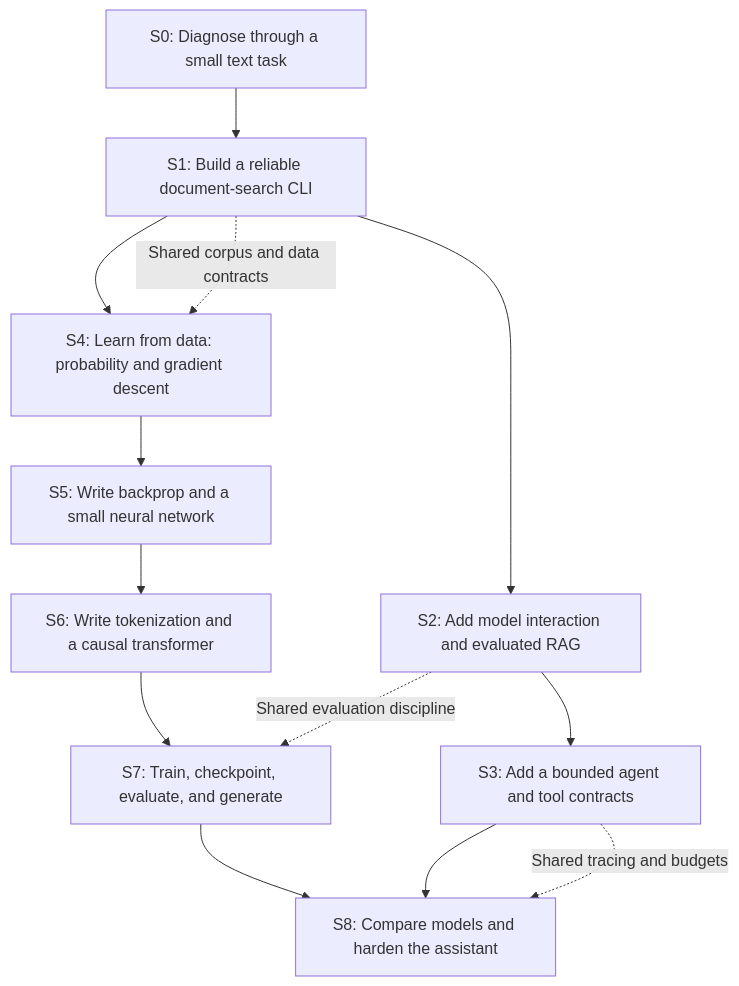
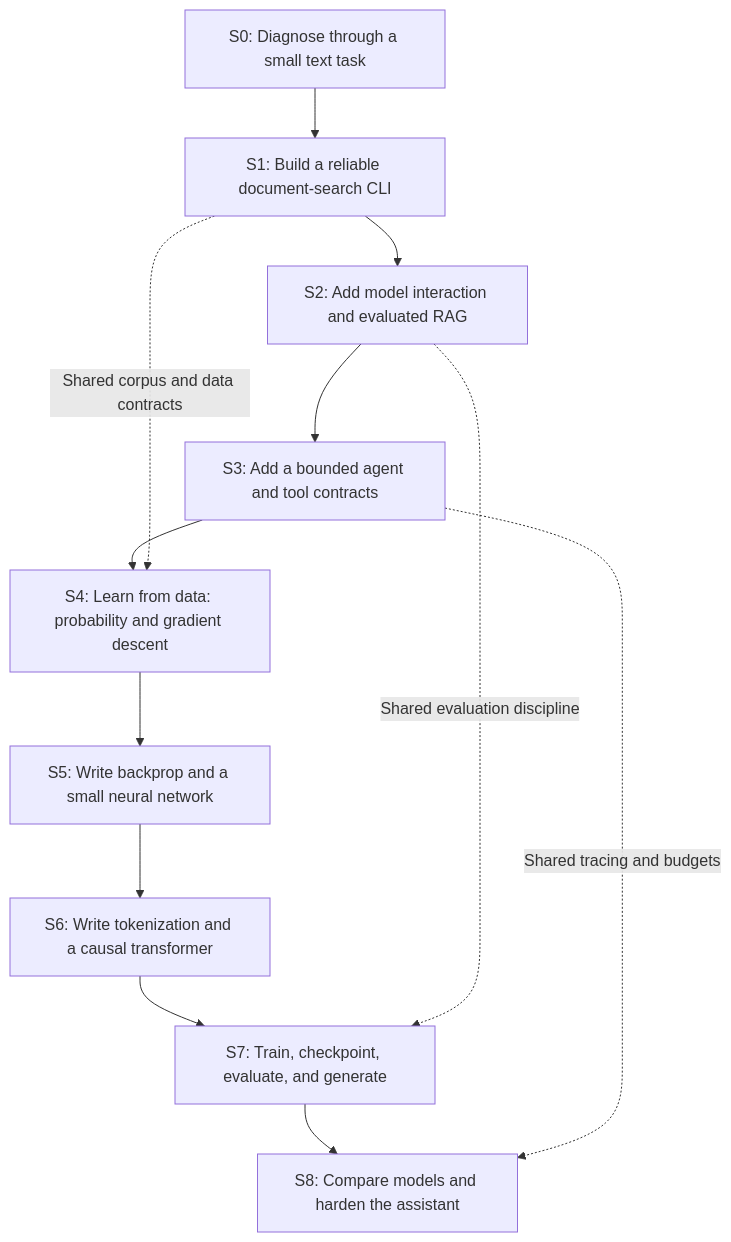
Before and after one commit to AhmedTElKodsh/ai-engineering-project-lab: the diagram in docs/learning-path/00-START-HERE.md, drawn with Mermaid. The commit also changed other lines of this file and 65 other files, not shown here.

````diff
--- a/docs/learning-path/00-START-HERE.md
+++ b/docs/learning-path/00-START-HERE.md
@@ -37,15 +40,14 @@
 ```mermaid
 flowchart TD
     S0["S0: Diagnose through a small text task"] --> S1["S1: Build a reliable document-search CLI"]
     S1 --> S2["S2: Add model interaction and evaluated RAG"]
     S2 --> S3["S3: Add a bounded agent and tool contracts"]
-    S1 --> S4["S4: Learn from data: probability and gradient descent"]
+    S3 --> S4["S4: Learn from data: probability and gradient descent"]
     S4 --> S5["S5: Write backprop and a small neural network"]
     S5 --> S6["S6: Write tokenization and a causal transformer"]
     S6 --> S7["S7: Train, checkpoint, evaluate, and generate"]
     S7 --> S8["S8: Compare models and harden the assistant"]
     S1 -. "Shared corpus and data contracts" .-> S4
     S2 -. "Shared evaluation discipline" .-> S7
-    S3 --> S8
     S3 -. "Shared tracing and budgets" .-> S8
 ```
````
